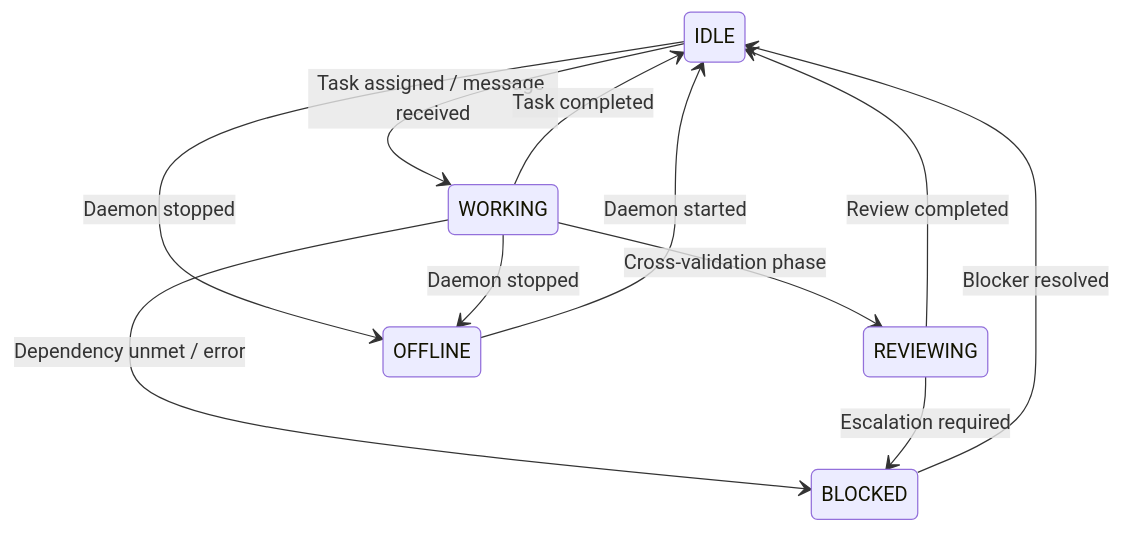
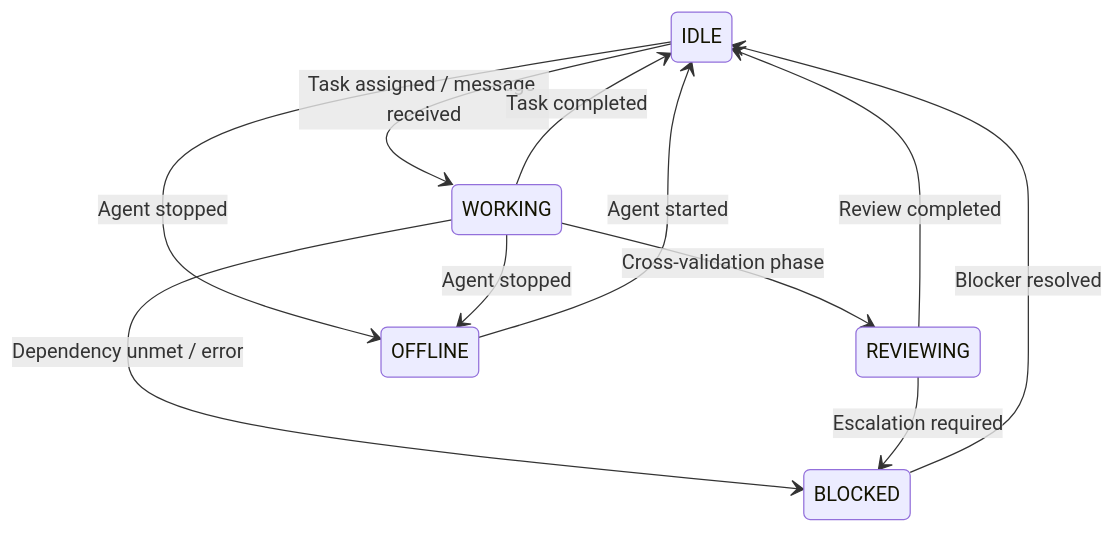
The third of 8 diagrams in docs/core-concepts/agents.md (pde-rent/monokeros), drawn with Mermaid before and after one commit. The commit also changed other lines of this file and 31 other files, not shown here.

````diff
--- a/docs/core-concepts/agents.md
+++ b/docs/core-concepts/agents.md
@@ -118,13 +110,13 @@
 ```mermaid
 stateDiagram-v2
     IDLE --> WORKING : Task assigned / message received
     WORKING --> REVIEWING : Cross-validation phase
     WORKING --> IDLE : Task completed
     REVIEWING --> IDLE : Review completed
     WORKING --> BLOCKED : Dependency unmet / error
     REVIEWING --> BLOCKED : Escalation required
     BLOCKED --> IDLE : Blocker resolved
-    IDLE --> OFFLINE : Daemon stopped
-    WORKING --> OFFLINE : Daemon stopped
-    OFFLINE --> IDLE : Daemon started
+    IDLE --> OFFLINE : Agent stopped
+    WORKING --> OFFLINE : Agent stopped
+    OFFLINE --> IDLE : Agent started
 ```
````
